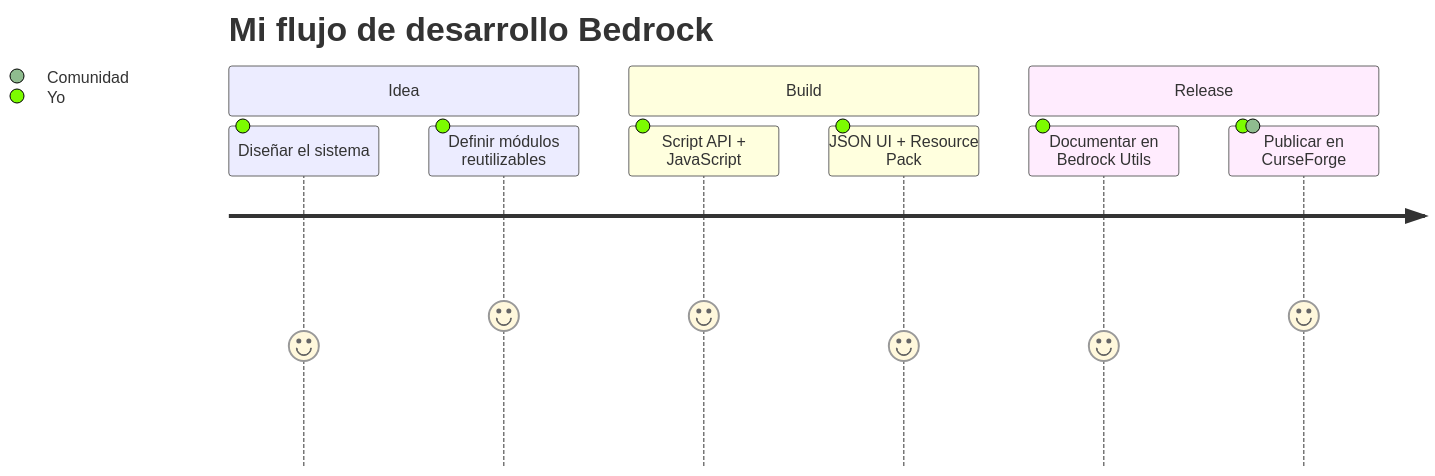
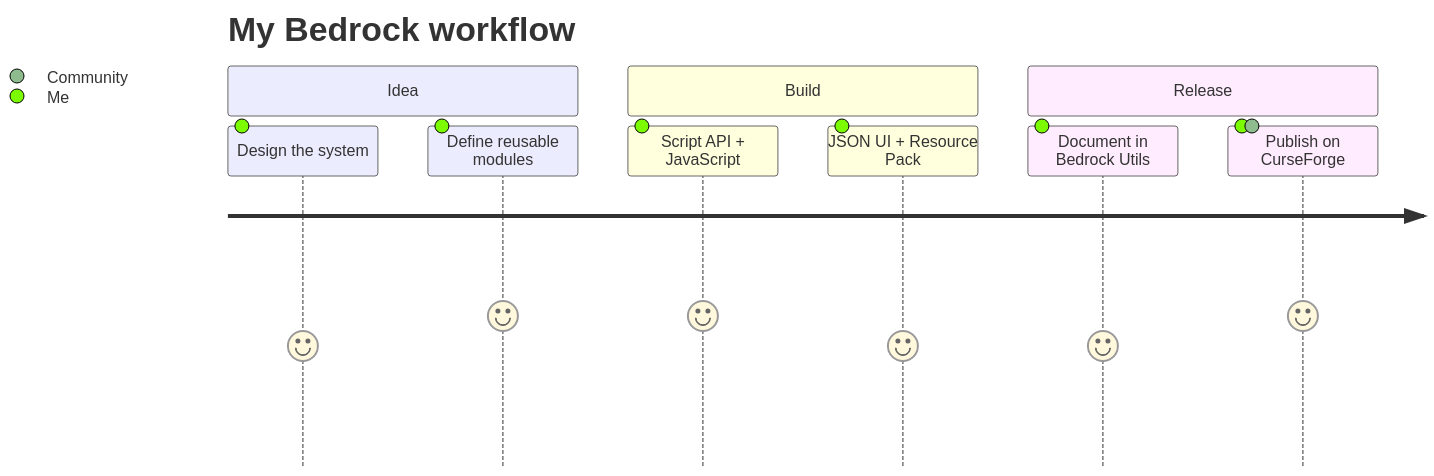
Before and after one commit to IIBl4z3MasterII/bedrock-utils: the second of 3 diagrams in README.md, drawn with Mermaid. The commit also changed other lines of this file, not shown here.

````diff
--- a/README.md
+++ b/README.md
@@ -301,13 +205,13 @@
 ```mermaid
 journey
-  title Mi flujo de desarrollo Bedrock
+  title My Bedrock workflow
   section Idea
-    Diseñar el sistema: 4: Yo
-    Definir módulos reutilizables: 5: Yo
+    Design the system: 4: Me
+    Define reusable modules: 5: Me
   section Build
-    Script API + JavaScript: 5: Yo
-    JSON UI + Resource Pack: 4: Yo
+    Script API + JavaScript: 5: Me
+    JSON UI + Resource Pack: 4: Me
   section Release
-    Documentar en Bedrock Utils: 4: Yo
-    Publicar en CurseForge: 5: Yo, Comunidad
+    Document in Bedrock Utils: 4: Me
+    Publish on CurseForge: 5: Me, Community
 ```
````
